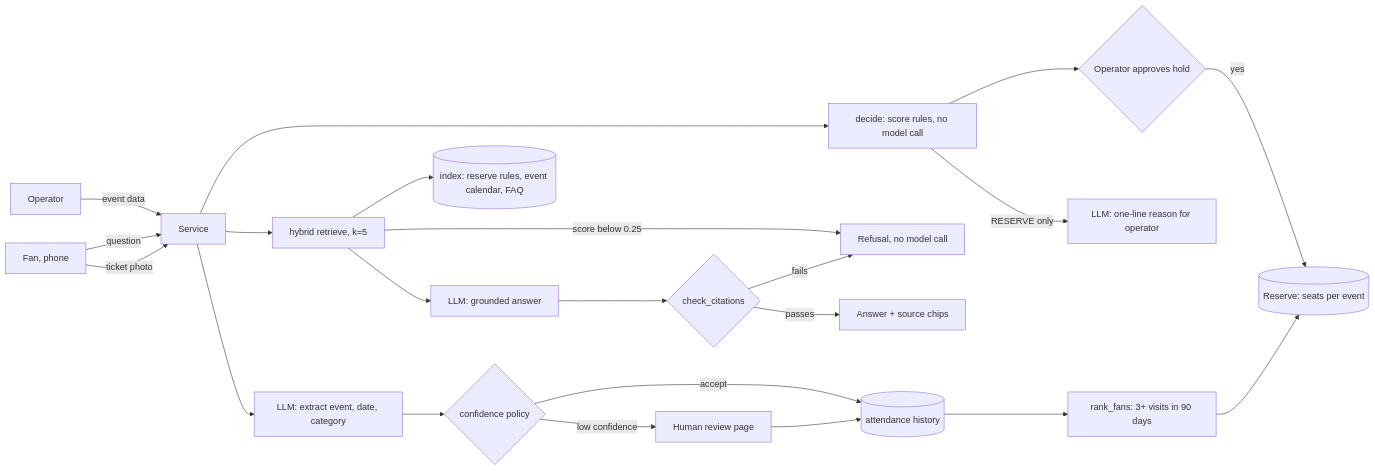
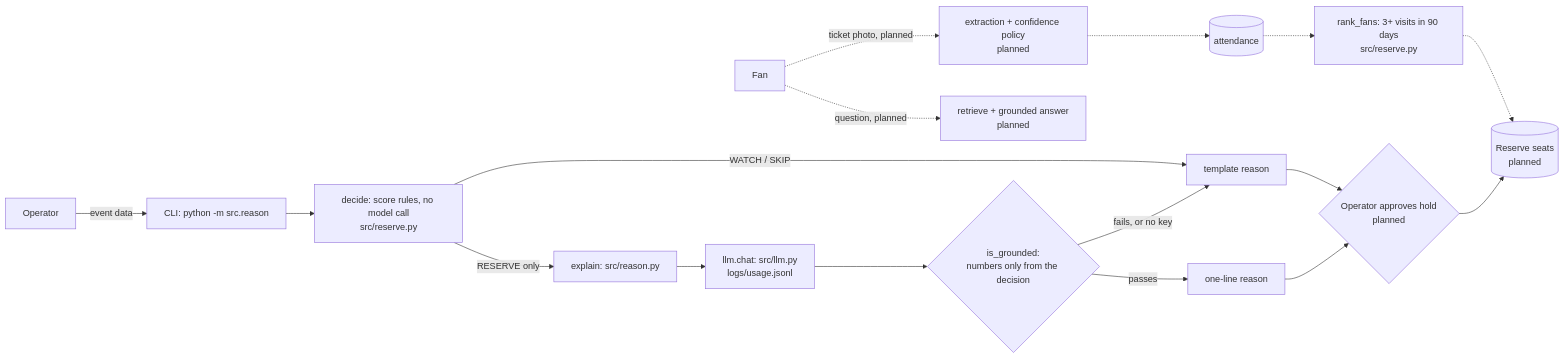
One commit to Murman-Gorgadze/Building-AI-powered-application changed the diagram in docs/DESIGN-REVIEW.md. Above: the diagram before and after it, drawn with Mermaid. The commit also changed other lines of this file and 29 other files, not shown here.

First line of the commit message:
Team repo foundation: contract, spec, decisions, llm.py, operator reason

````diff
--- a/docs/DESIGN-REVIEW.md
+++ b/docs/DESIGN-REVIEW.md
@@ -20,24 +26,19 @@
 ```mermaid
 flowchart LR
-  OP[Operator] -->|event data| API[Service]
-  API --> DEC[decide: score rules, no model call]
-  DEC --> HOLD{Operator approves hold}
-  HOLD -->|yes| RES[(Reserve: seats per event)]
-  DEC -->|RESERVE only| M3[LLM: one-line reason for operator]
-  F[Fan, phone] -->|question| API
-  API --> R[hybrid retrieve, k=5]
-  R --> IDX[(index: reserve rules, event calendar, FAQ)]
-  R -->|score below 0.25| REF[Refusal, no model call]
-  R --> M1[LLM: grounded answer]
-  M1 --> CC{check_citations}
-  CC -->|fails| REF
-  CC -->|passes| ANS[Answer + source chips]
-  F -->|ticket photo| API
-  API --> M2[LLM: extract event, date, category]
-  M2 --> CP{confidence policy}
-  CP -->|accept| ATT[(attendance history)]
-  CP -->|low confidence| HR[Human review page]
-  HR --> ATT
-  ATT --> RANK[rank_fans: 3+ visits in 90 days]
-  RANK --> RES
+  OP[Operator] -->|event data| CLI[CLI: python -m src.reason]
+  CLI --> DEC[decide: score rules, no model call<br/>src/reserve.py]
+  DEC -->|RESERVE only| RS[explain: src/reason.py]
+  RS --> LLM[llm.chat: src/llm.py<br/>logs/usage.jsonl]
+  LLM --> GC{is_grounded:<br/>numbers only from the decision}
+  GC -->|passes| OUT[one-line reason]
+  GC -->|fails, or no key| TPL[template reason]
+  DEC -->|WATCH / SKIP| TPL
+  OUT --> HOLD{Operator approves hold<br/>planned}
+  TPL --> HOLD
+  HOLD --> RES[(Reserve seats<br/>planned)]
+  F[Fan] -.->|question, planned| QA[retrieve + grounded answer<br/>planned]
+  F -.->|ticket photo, planned| EX[extraction + confidence policy<br/>planned]
+  EX -.-> ATT[(attendance)]
+  ATT -.-> RANK[rank_fans: 3+ visits in 90 days<br/>src/reserve.py]
+  RANK -.-> RES
 ```
````
